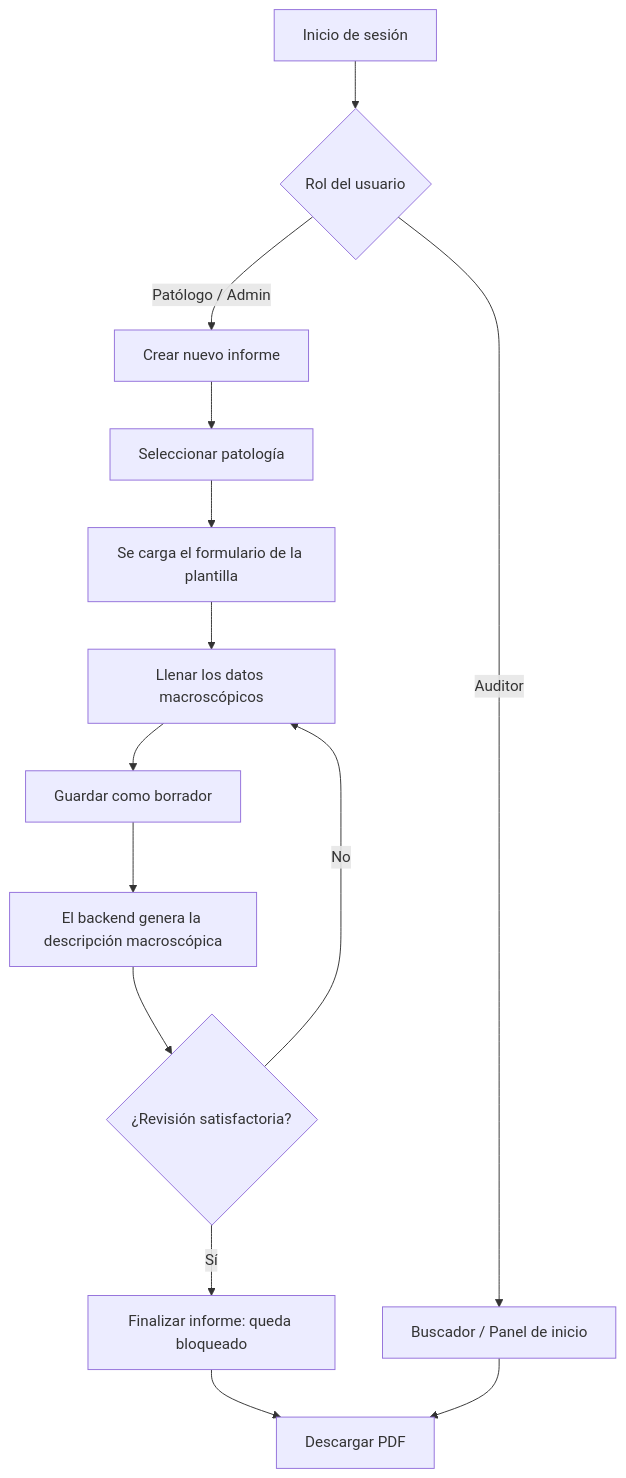
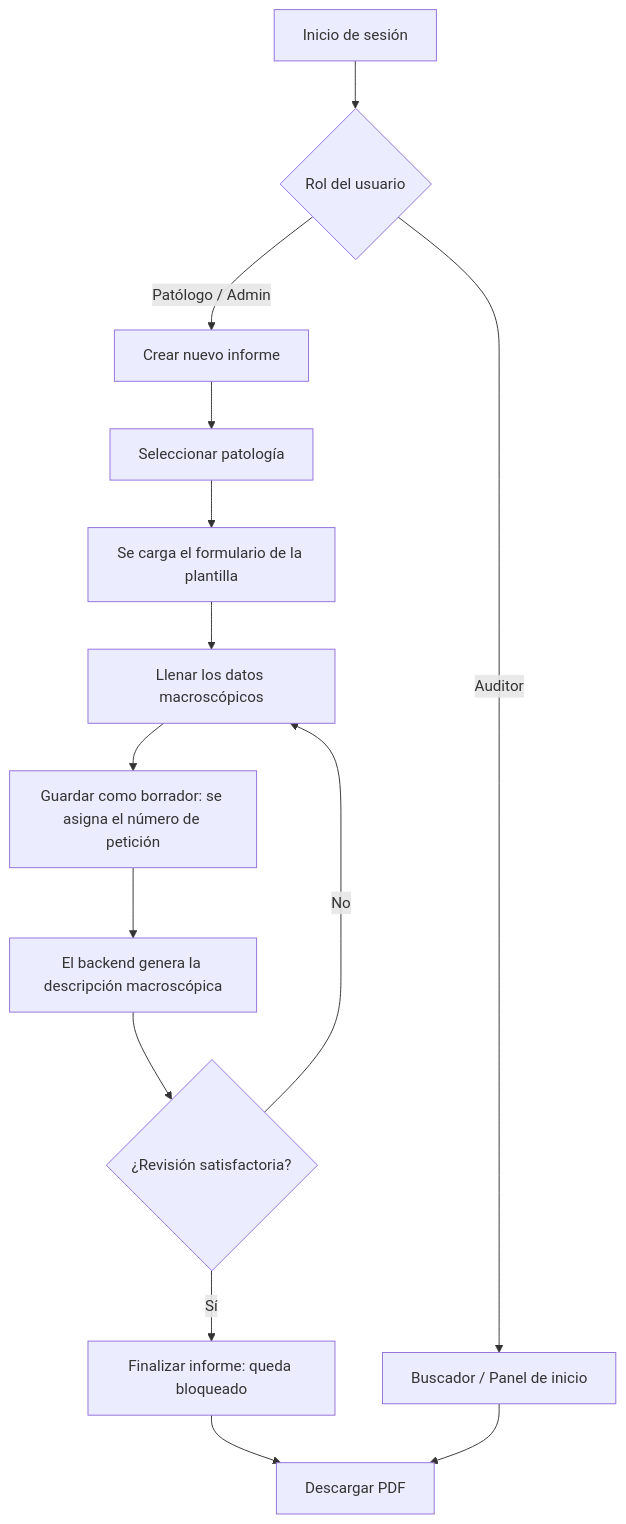
The diagram in README.md (juansalamanca01-glitch/patologia-app), drawn with Mermaid before and after one commit. The commit also changed other lines of this file and 22 other files, not shown here.

First line of the commit message:
feat: número de petición automático (informe v2, etapa 1)

````diff
--- a/README.md
+++ b/README.md
@@ -416,16 +417,16 @@
 ```mermaid
 graph TD
     A[Inicio de sesión] --> B{Rol del usuario}
     B -->|Patólogo / Admin| C[Crear nuevo informe]
     B -->|Auditor| D[Buscador / Panel de inicio]
     C --> E[Seleccionar patología]
     E --> F[Se carga el formulario de la plantilla]
     F --> G[Llenar los datos macroscópicos]
-    G --> H[Guardar como borrador]
+    G --> H[Guardar como borrador: se asigna el número de petición]
     H --> I[El backend genera la descripción macroscópica]
     I --> J{¿Revisión satisfactoria?}
     J -->|No| G
     J -->|Sí| K[Finalizar informe: queda bloqueado]
     K --> L[Descargar PDF]
     D --> L
 ```
````
